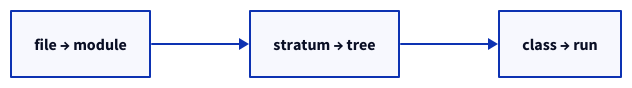
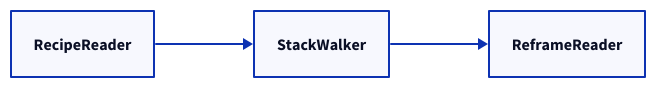
Before and after one commit to HaoZeke/what-easybuild-is-doing: the diagram in source/_static/diagrams/book-map.d2, drawn with D2. The commit also changed 7 other files, not shown here.

```diff
--- a/source/_static/diagrams/book-map.d2
+++ b/source/_static/diagrams/book-map.d2
@@ -1,5 +1,5 @@
 direction: right
-RecipeReader: file → module
-StackWalker: stratum → tree
-ReframeReader: class → run
+RecipeReader: RecipeReader
+StackWalker: StackWalker
+ReframeReader: ReframeReader
 RecipeReader -> StackWalker -> ReframeReader
```
